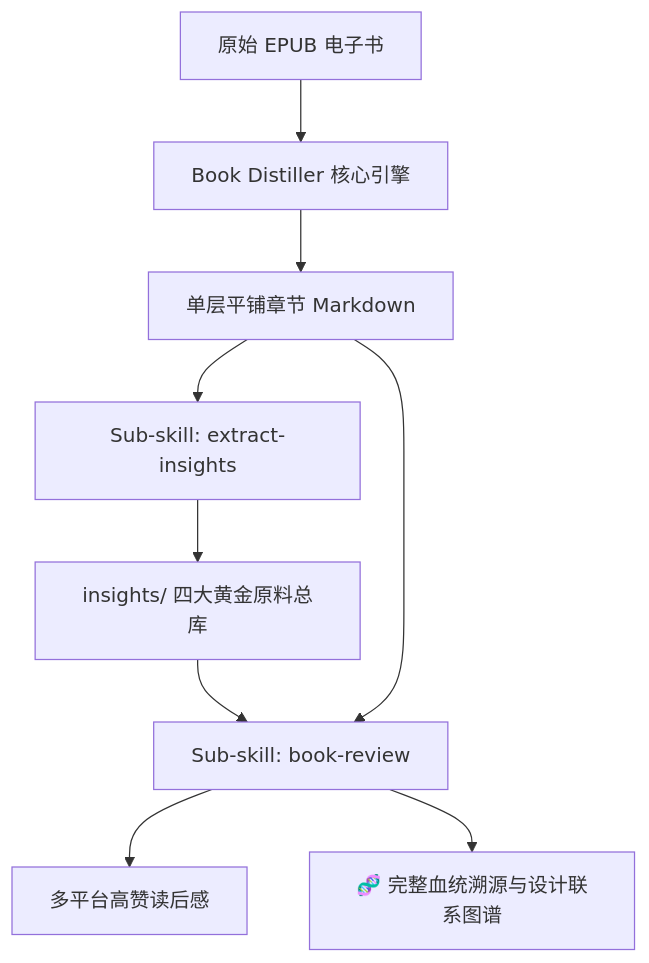
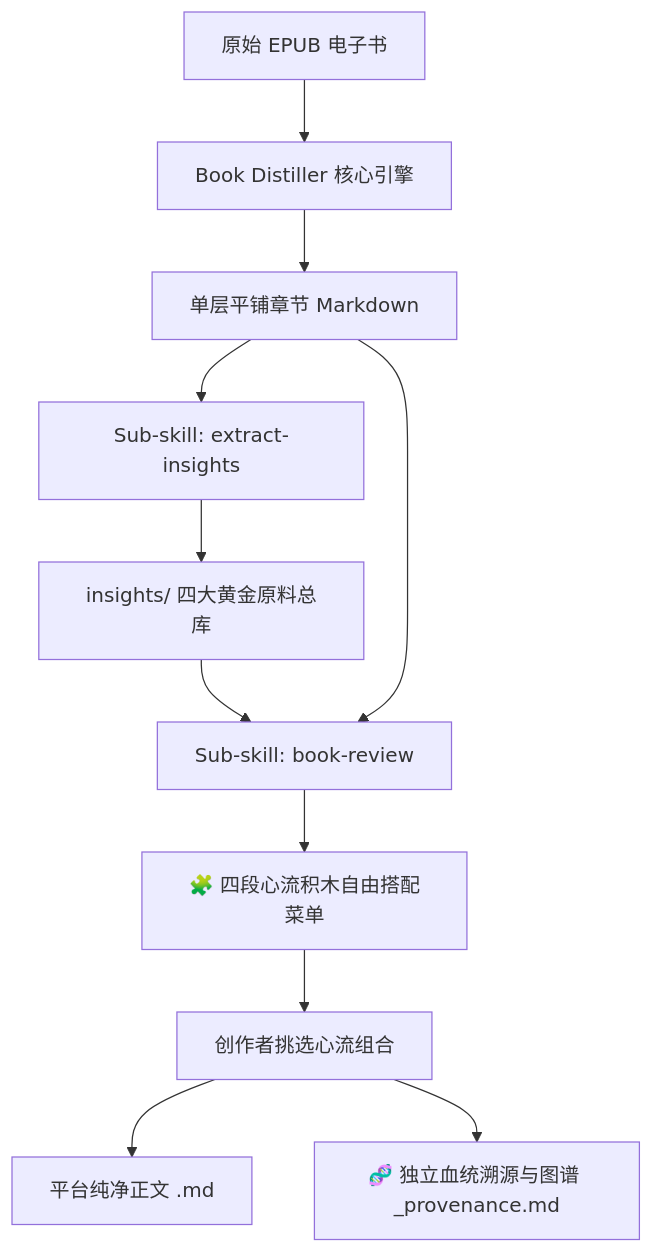
The diagram in SKILL.md (ubworkshop/book-distiller), drawn with Mermaid before and after one commit. The commit also changed other lines of this file and 4 other files, not shown here.

Commit message:
feat: add 4-stage mental flow modular menu & dual-file delivery (v2.9)

````diff
--- a/SKILL.md
+++ b/SKILL.md
@@ -30,11 +28,13 @@
 ```mermaid
 flowchart TD
     EPUB[原始 EPUB 电子书] --> Main[Book Distiller 核心引擎]
     Main --> Chapters[单层平铺章节 Markdown]
     Chapters --> S1[Sub-skill: extract-insights]
     S1 --> Insights[insights/ 四大黄金原料总库]
     Insights --> S2[Sub-skill: book-review]
     Chapters --> S2
-    S2 --> Reviews[多平台高赞读后感]
-    S2 --> Provenance[🧬 完整血统溯源与设计联系图谱]
+    S2 --> Menu[🧩 四段心流积木自由搭配菜单]
+    Menu --> Selection[创作者挑选心流组合]
+    Selection --> Reviews[平台纯净正文 .md]
+    Selection --> Provenance[🧬 独立血统溯源与图谱 _provenance.md]
 ```
````
